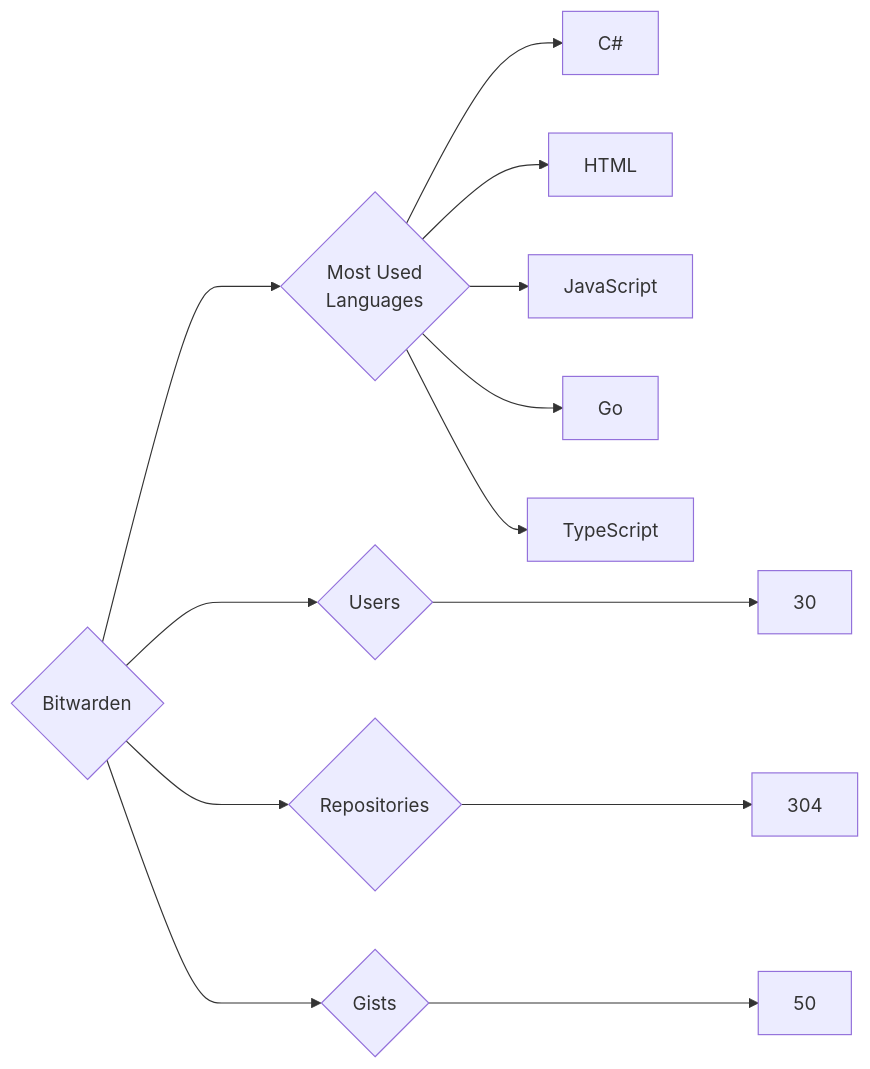
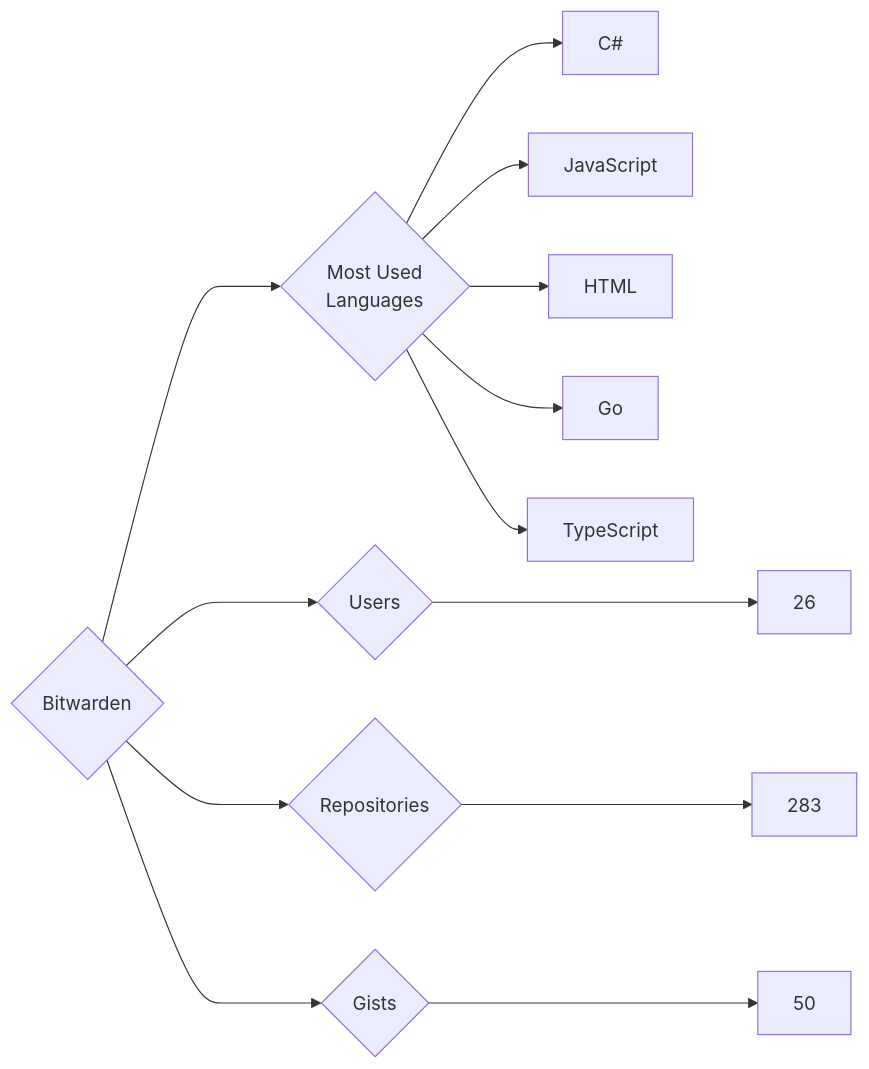
Before and after one commit to trickest/insiders: the diagram in targets/Bitwarden/README.md, drawn with Mermaid. The commit also changed 721 other files, not shown here.

````diff
--- a/targets/Bitwarden/README.md
+++ b/targets/Bitwarden/README.md
@@ -3,13 +3,13 @@
 ```mermaid
 graph LR
 COMPANY_NAME{Bitwarden}
-COMPANY_NAME ---> U{Users} ---> UN[30]
-COMPANY_NAME ---> R{Repositories} ---> RN[304]
+COMPANY_NAME ---> U{Users} ---> UN[26]
+COMPANY_NAME ---> R{Repositories} ---> RN[283]
 COMPANY_NAME ---> G{Gists} ---> GN[50]
 COMPANY_NAME ---> ML{Most Used<br>Languages}
 ML --> C#[C#]
+ML --> JavaScript[JavaScript]
 ML --> HTML[HTML]
-ML --> JavaScript[JavaScript]
 ML --> Go[Go]
 ML --> TypeScript[TypeScript]
 ```
````
